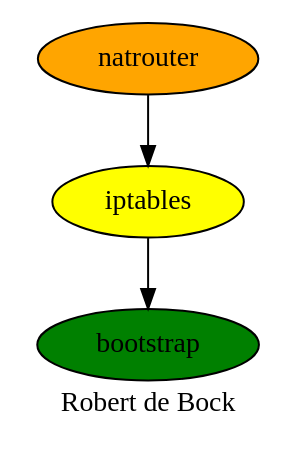
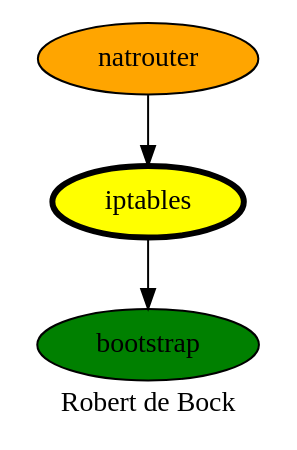
One commit to robertdebock/robertdebock.github.io changed the diagram in iptables.dot. Above: the diagram before and after it, drawn with Graphviz. The commit also changed 24 other files, not shown here.

```diff
--- a/iptables.dot
+++ b/iptables.dot
@@ -1,11 +1,11 @@
 digraph PhiloDilemma {
   label = "Robert de Bock" ;
   overlap=false
   {
     bootstrap [fillcolor=green style=filled]
-    iptables [fillcolor=yellow style=filled]
+    iptables [fillcolor=yellow style=filled penwidth=3]
     natrouter [fillcolor=orange style=filled]
   }
   iptables -> bootstrap
   natrouter -> iptables
 }
```
